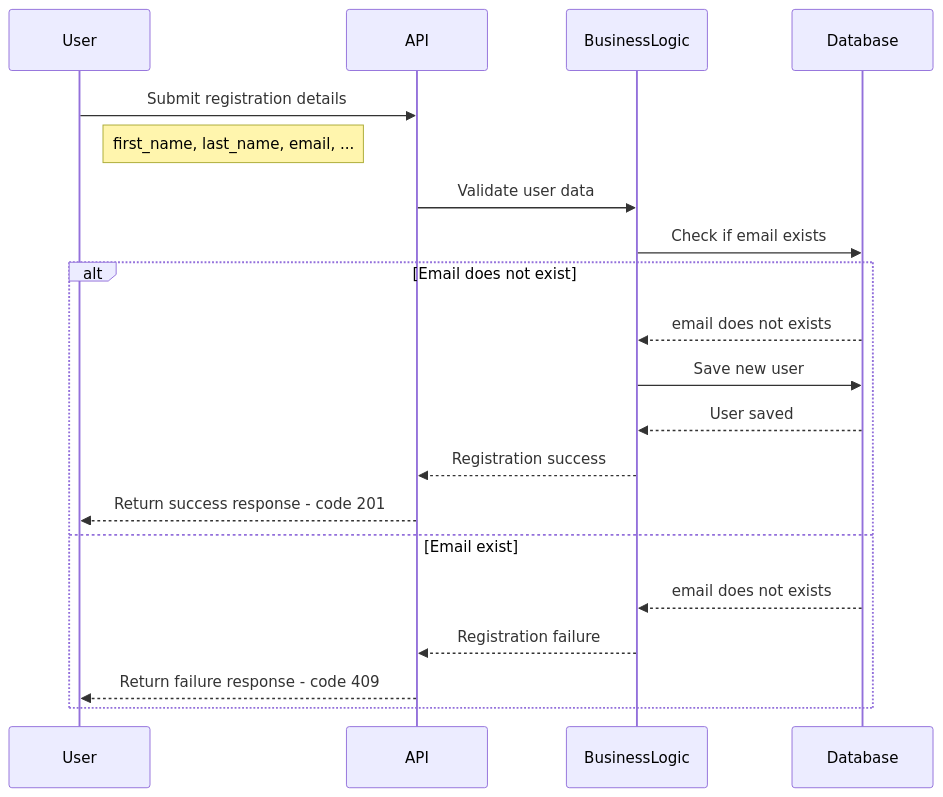
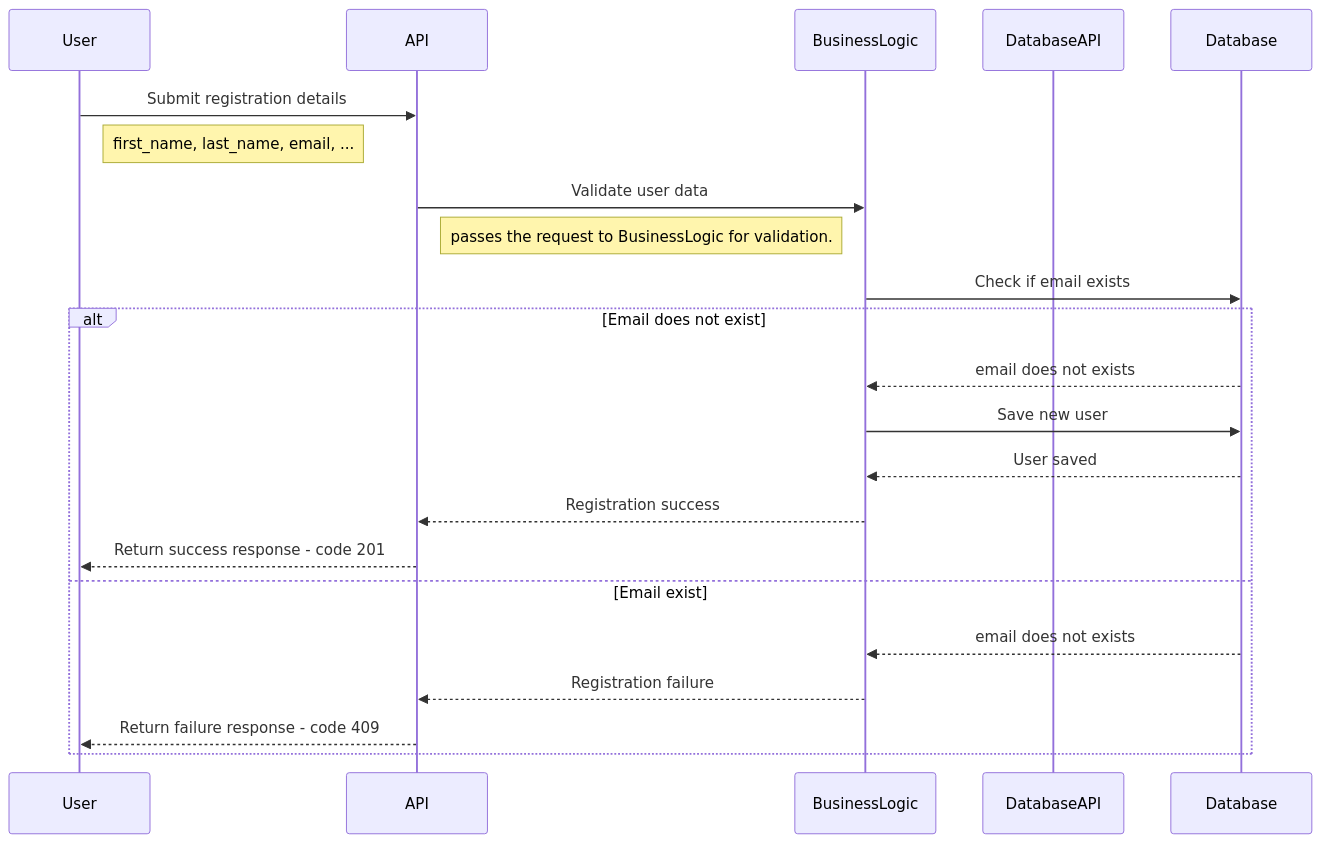
Before and after one commit to Basco64/HBNB_UML: the diagram in 2.User.md, drawn with Mermaid.

````diff
--- a/2.User.md
+++ b/2.User.md
@@ -1,26 +1,27 @@
 ```mermaid
 sequenceDiagram
 
     participant User
     participant API
     participant BusinessLogic
-    participant Database
-
+    participant DatabaseAPI 
     User->>API: Submit registration details
     note right of User: first_name, last_name, email, ...
+
     API->>BusinessLogic: Validate user data
+    note right of API: passes the request to BusinessLogic for validation.
     
     BusinessLogic->>Database: Check if email exists
 
     alt Email does not exist
         Database-->>BusinessLogic: email does not exists
         BusinessLogic->>Database: Save new user
         Database-->>BusinessLogic: User saved
         BusinessLogic-->>API: Registration success
         API-->>User: Return success response - code 201
     else Email exist
         Database-->>BusinessLogic: email does not exists
         BusinessLogic-->>API: Registration failure
         API-->>User: Return failure response - code 409
     end
 ```
````
